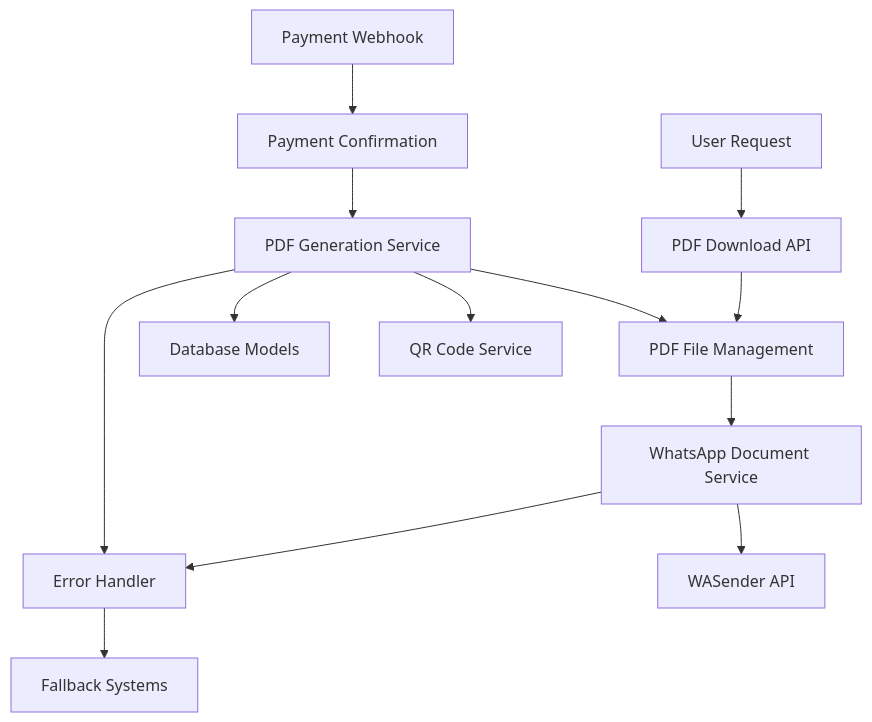
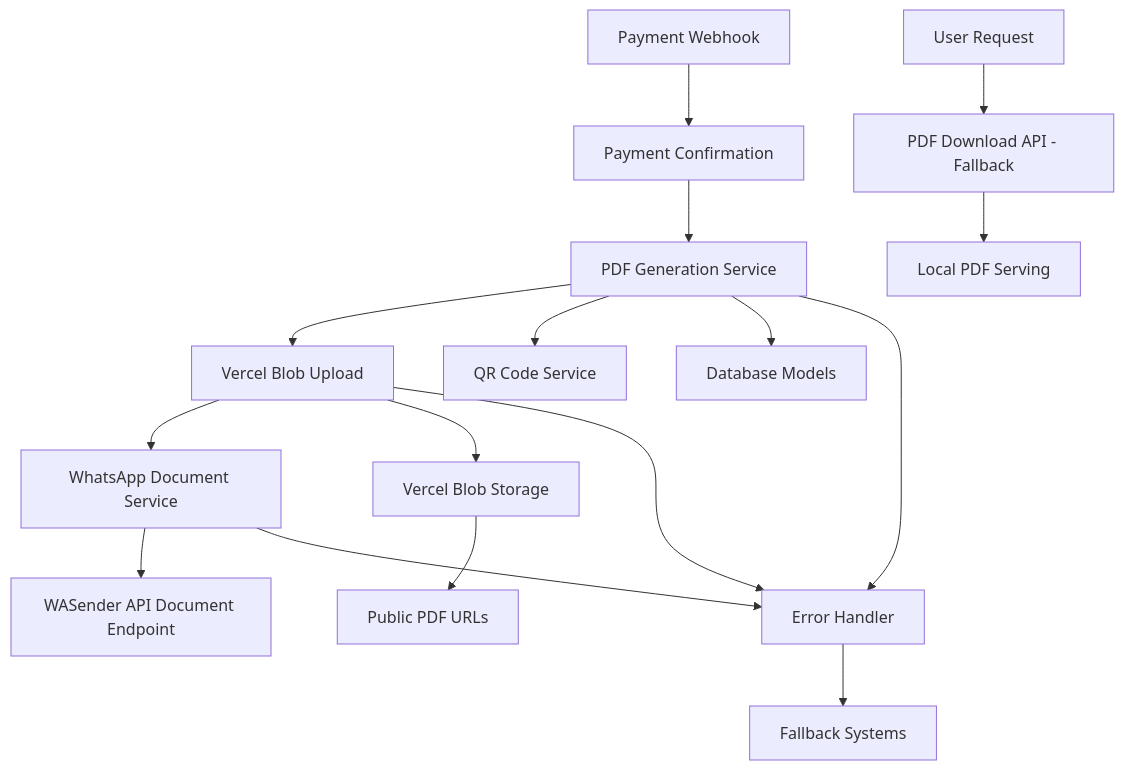
The first of 2 diagrams in .kiro/specs/pdf-whatsapp-integration/design.md (jothamardel/gosa-conf), drawn with Mermaid before and after one commit. The commit also changed other lines of this file and 11 other files, not shown here.

````diff
--- a/.kiro/specs/pdf-whatsapp-integration/design.md
+++ b/.kiro/specs/pdf-whatsapp-integration/design.md
@@ -13,18 +13,22 @@
 ```mermaid
 graph TB
     A[Payment Webhook] --> B[Payment Confirmation]
     B --> C[PDF Generation Service]
-    C --> D[PDF File Management]
+    C --> D[Vercel Blob Upload]
     D --> E[WhatsApp Document Service]
-    E --> F[WASender API]
+    E --> F[WASender API Document Endpoint]
     
     C --> G[QR Code Service]
     C --> H[Database Models]
     
-    I[PDF Download API] --> D
-    J[User Request] --> I
+    D --> I[Vercel Blob Storage]
+    I --> J[Public PDF URLs]
     
-    K[Error Handler] --> L[Fallback Systems]
-    E --> K
-    C --> K
+    K[PDF Download API - Fallback] --> L[Local PDF Serving]
+    M[User Request] --> K
+    
+    N[Error Handler] --> O[Fallback Systems]
+    E --> N
+    C --> N
+    D --> N
 ```
````
